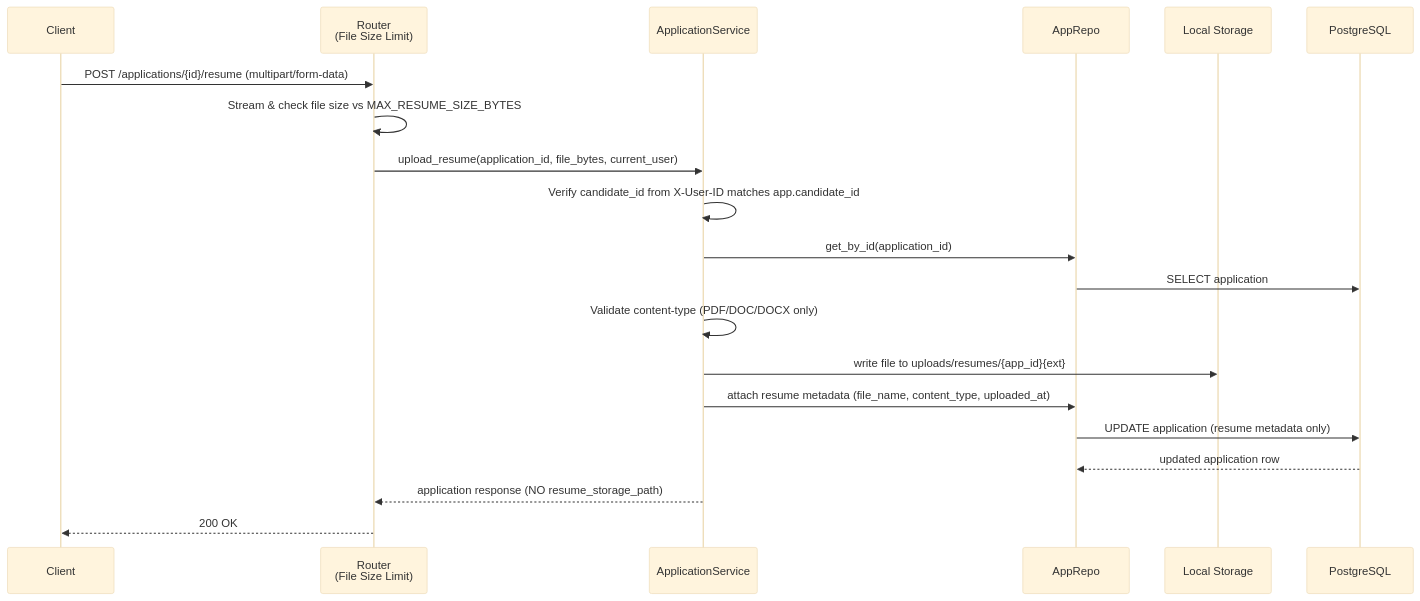
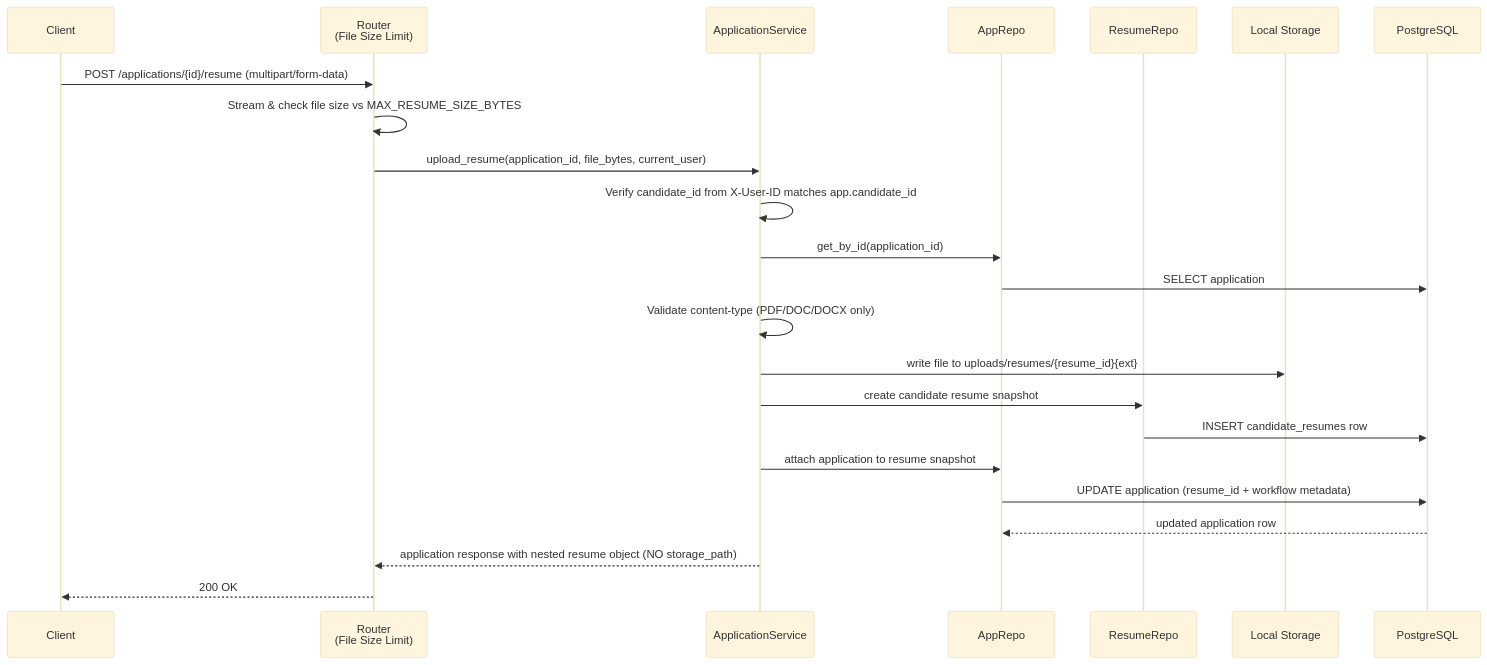
One commit to afnan-emumba/smart-hire changed the sixth of 6 diagrams in docs/SERVICES.md. Above: the diagram before and after it, drawn with Mermaid (base theme). The commit also changed other lines of this file and 18 other files, not shown here.

First line of the commit message:
feat: Enhance eligibility and job services with candidate resume integration

````diff
--- a/docs/SERVICES.md
+++ b/docs/SERVICES.md
@@ -174,23 +174,26 @@
 ```mermaid
 sequenceDiagram
     participant Client
     participant Router as Router<br/>(File Size Limit)
     participant Service as ApplicationService
     participant AppRepo
+    participant ResumeRepo
     participant Disk as Local Storage
     participant DB as PostgreSQL
 
     Client->>Router: POST /applications/{id}/resume (multipart/form-data)
     Router->>Router: Stream & check file size vs MAX_RESUME_SIZE_BYTES
     Router->>Service: upload_resume(application_id, file_bytes, current_user)
     Service->>Service: Verify candidate_id from X-User-ID matches app.candidate_id
     Service->>AppRepo: get_by_id(application_id)
     AppRepo->>DB: SELECT application
     Service->>Service: Validate content-type (PDF/DOC/DOCX only)
-    Service->>Disk: write file to uploads/resumes/{app_id}{ext}
-    Service->>AppRepo: attach resume metadata (file_name, content_type, uploaded_at)
-    AppRepo->>DB: UPDATE application (resume metadata only)
+    Service->>Disk: write file to uploads/resumes/{resume_id}{ext}
+    Service->>ResumeRepo: create candidate resume snapshot
+    ResumeRepo->>DB: INSERT candidate_resumes row
+    Service->>AppRepo: attach application to resume snapshot
+    AppRepo->>DB: UPDATE application (resume_id + workflow metadata)
     DB-->>AppRepo: updated application row
-    Service-->>Router: application response (NO resume_storage_path)
+    Service-->>Router: application response with nested resume object (NO storage_path)
     Router-->>Client: 200 OK
 ```
````
